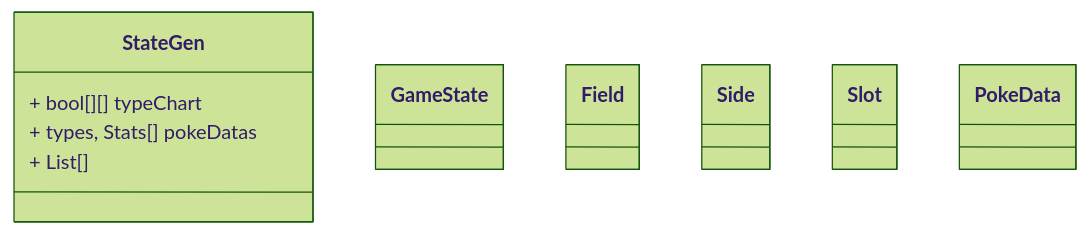
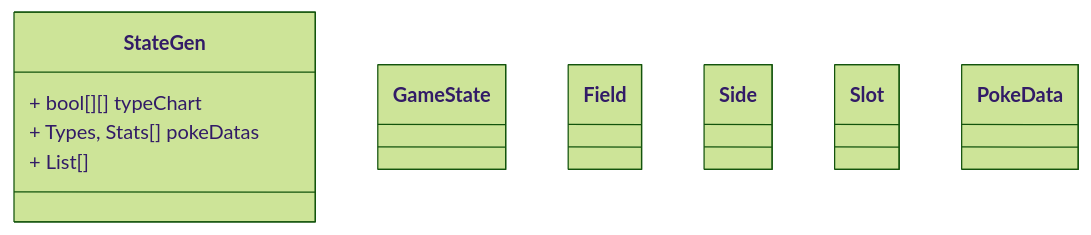
One commit to UtaSzane/iodraw-files changed the diagram in all/Untitled.md. Above: the diagram before and after it, drawn with Mermaid (forest theme).

Commit message:
2026-06-07 23:26:56 update

````diff
--- a/all/Untitled.md
+++ b/all/Untitled.md
@@ -1,23 +1,23 @@
 ```mermaid
 classDiagram
     class StateGen {
         + bool[][] typeChart
-        + types, Stats[] pokeDatas
+        + Types, Stats[] pokeDatas
         + List[]
     }  
     class GameState {
 
     }
     class Field {
 
     }
     class Side {
 
     }
     class Slot {
 
     }
     class PokeData {
 
     }
 ```
````
